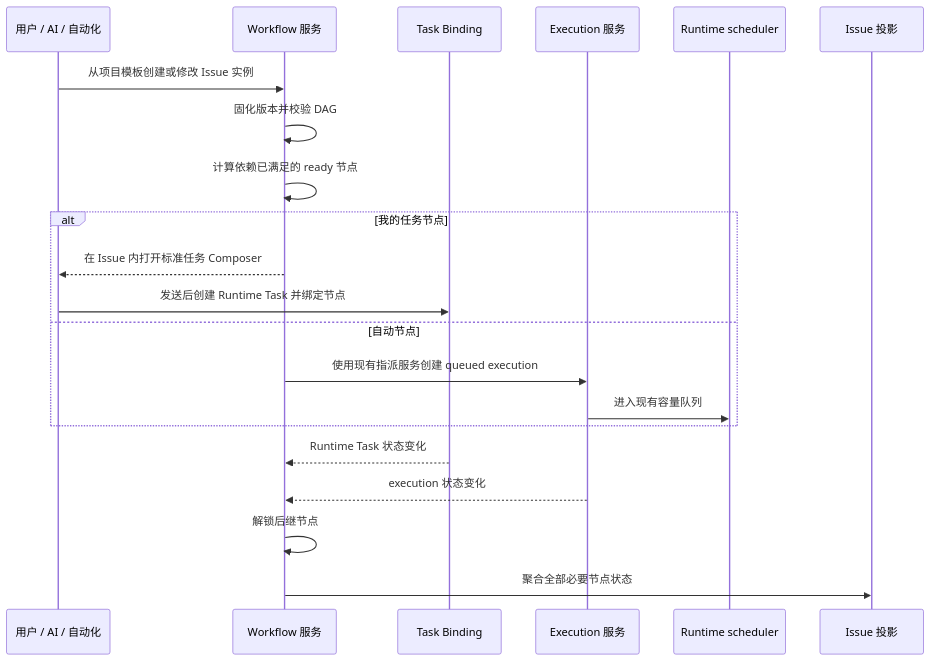
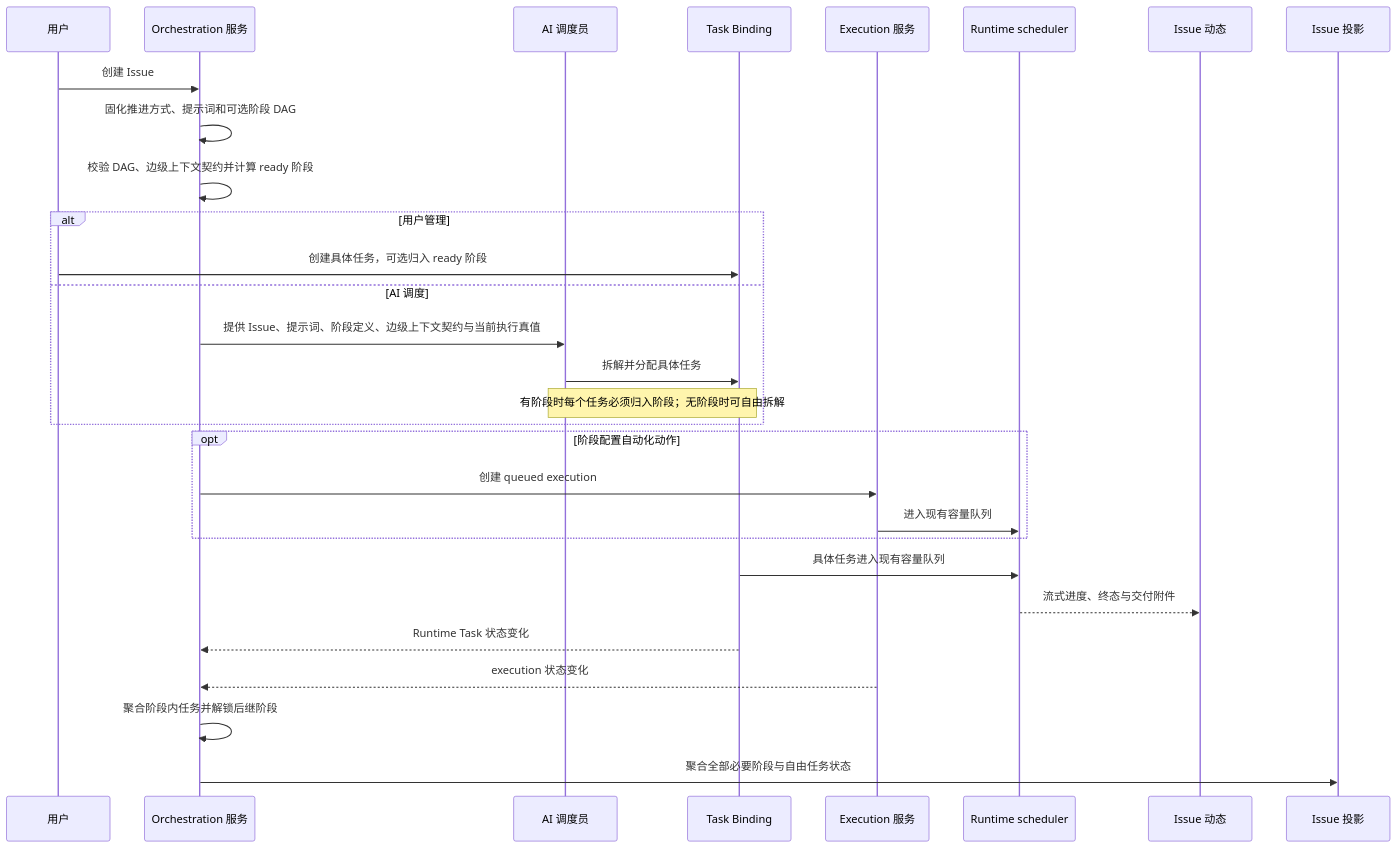
The second of 2 diagrams in docs/zh/architecture/issue-task-workflow.md (wecode-ai/Wegent), drawn with Mermaid before and after one commit. The commit also changed other lines of this file and 41 other files, not shown here.

Commit message:
feat(wework): redesign issue task orchestration

````diff
--- a/docs/zh/architecture/issue-task-workflow.md
+++ b/docs/zh/architecture/issue-task-workflow.md
@@ -26,24 +39,32 @@
 ```mermaid
 sequenceDiagram
-    participant U as 用户 / AI / 自动化
-    participant W as Workflow 服务
+    participant U as 用户
+    participant O as Orchestration 服务
+    participant A as AI 调度员
     participant B as Task Binding
     participant E as Execution 服务
     participant R as Runtime scheduler
+    participant D as Issue 动态
     participant I as Issue 投影
 
-    U->>W: 从项目模板创建或修改 Issue 实例
-    W->>W: 固化版本并校验 DAG
-    W->>W: 计算依赖已满足的 ready 节点
-    alt 我的任务节点
-        W-->>U: 在 Issue 内打开标准任务 Composer
-        U->>B: 发送后创建 Runtime Task 并绑定节点
-    else 自动节点
-        W->>E: 使用现有指派服务创建 queued execution
+    U->>O: 创建 Issue
+    O->>O: 固化推进方式、提示词和可选阶段 DAG
+    O->>O: 校验 DAG、边级上下文契约并计算 ready 阶段
+    alt 用户管理
+        U->>B: 创建具体任务，可选归入 ready 阶段
+    else AI 调度
+        O->>A: 提供 Issue、提示词、阶段定义、边级上下文契约与当前执行真值
+        A->>B: 拆解并分配具体任务
+        Note over A,B: 有阶段时每个任务必须归入阶段；无阶段时可自由拆解
+    end
+    opt 阶段配置自动化动作
+        O->>E: 创建 queued execution
         E->>R: 进入现有容量队列
     end
-    B-->>W: Runtime Task 状态变化
-    E-->>W: execution 状态变化
-    W->>W: 解锁后继节点
-    W->>I: 聚合全部必要节点状态
+    B->>R: 具体任务进入现有容量队列
+    R-->>D: 流式进度、终态与交付附件
+    B-->>O: Runtime Task 状态变化
+    E-->>O: execution 状态变化
+    O->>O: 聚合阶段内任务并解锁后继阶段
+    O->>I: 聚合全部必要阶段与自由任务状态
 ```
````
